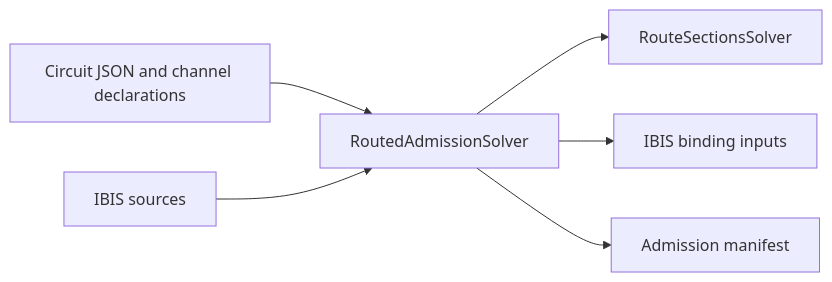
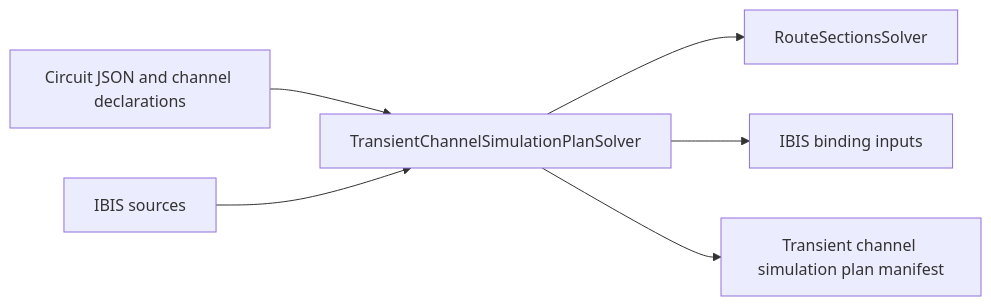
The first of 2 diagrams in README.md (draarivpatel-ui/signal-integrity-pipeline), drawn with Mermaid before and after one commit. The commit also changed other lines of this file and 2 other files, not shown here.

Commit message:
Use transient channel simulation plan naming in #101

````diff
--- a/README.md
+++ b/README.md
@@ -28,8 +28,8 @@
 ```mermaid
 flowchart LR
-  board["Circuit JSON and channel declarations"] --> admit["RoutedAdmissionSolver"]
-  ibis["IBIS sources"] --> admit
-  admit --> sections["RouteSectionsSolver"]
-  admit --> binding["IBIS binding inputs"]
-  admit --> manifest["Admission manifest"]
+  board["Circuit JSON and channel declarations"] --> plan["TransientChannelSimulationPlanSolver"]
+  ibis["IBIS sources"] --> plan
+  plan --> sections["RouteSectionsSolver"]
+  plan --> binding["IBIS binding inputs"]
+  plan --> manifest["Transient channel simulation plan manifest"]
 ```
````
